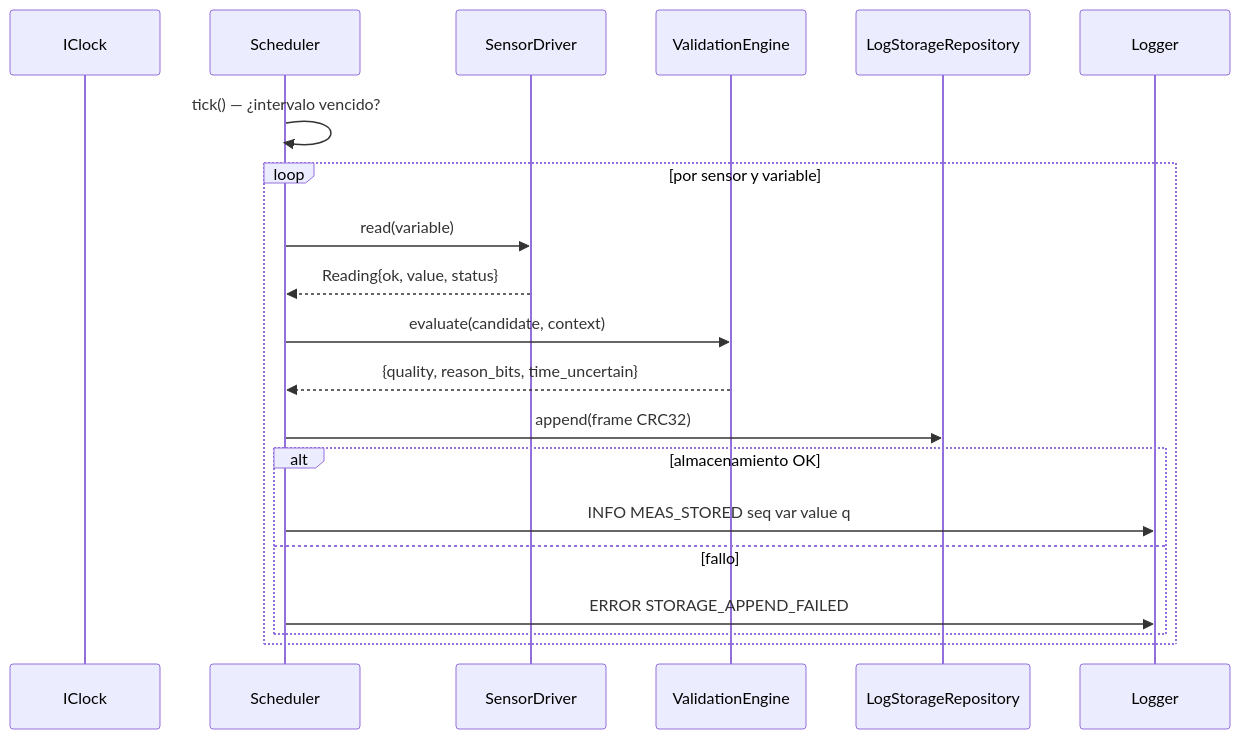
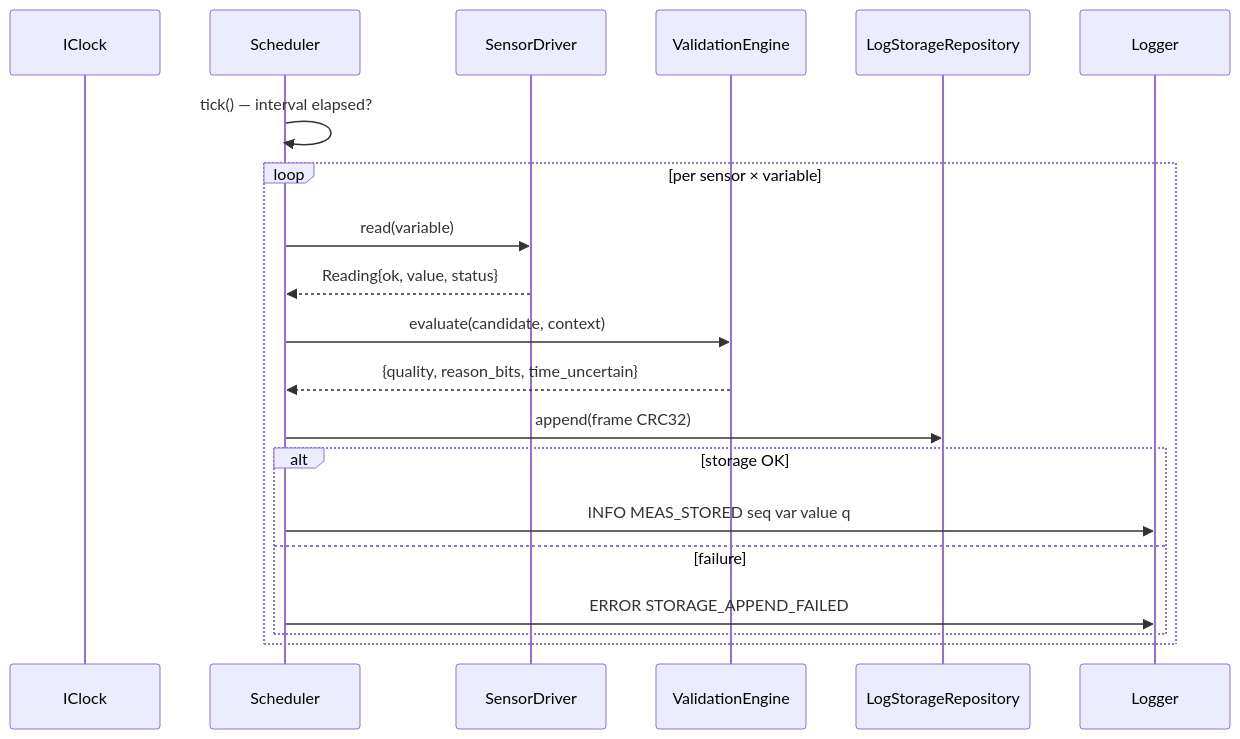
Before and after one commit to The-Meowpany/CAUCE: the second of 5 diagrams in TESIS_CAUSE_ALEXANDRA.md, drawn with Mermaid. The commit also changed other lines of this file and 113 other files, not shown here.

````diff
--- a/TESIS_CAUSE_ALEXANDRA.md
+++ b/TESIS_CAUSE_ALEXANDRA.md
@@ -155,23 +145,23 @@
 ```mermaid
 sequenceDiagram
     participant CLK as IClock
     participant SCH as Scheduler
     participant DRV as SensorDriver
     participant VAL as ValidationEngine
     participant STO as LogStorageRepository
     participant LOG as Logger
 
-    SCH->>SCH: tick() — ¿intervalo vencido?
-    loop por sensor y variable
+    SCH->>SCH: tick() — interval elapsed?
+    loop per sensor × variable
         SCH->>DRV: read(variable)
         DRV-->>SCH: Reading{ok, value, status}
         SCH->>VAL: evaluate(candidate, context)
         VAL-->>SCH: {quality, reason_bits, time_uncertain}
         SCH->>STO: append(frame CRC32)
-        alt almacenamiento OK
+        alt storage OK
             SCH->>LOG: INFO MEAS_STORED seq var value q
-        else fallo
+        else failure
             SCH->>LOG: ERROR STORAGE_APPEND_FAILED
         end
     end
 ```
````
